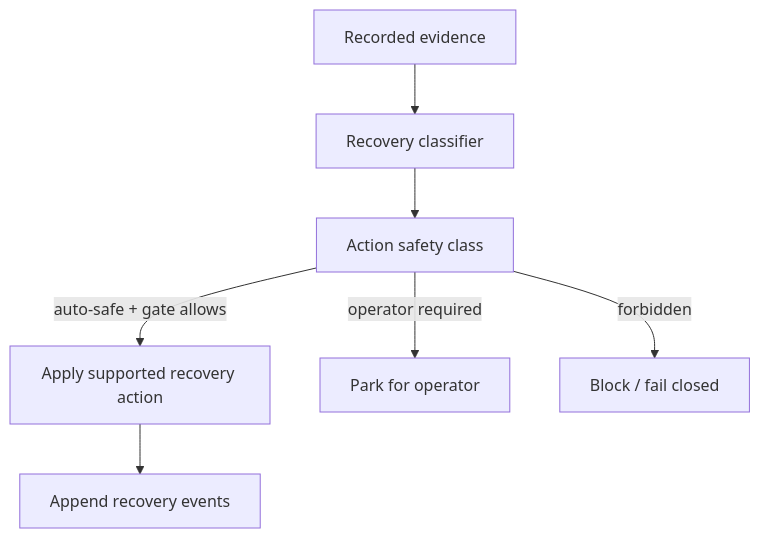
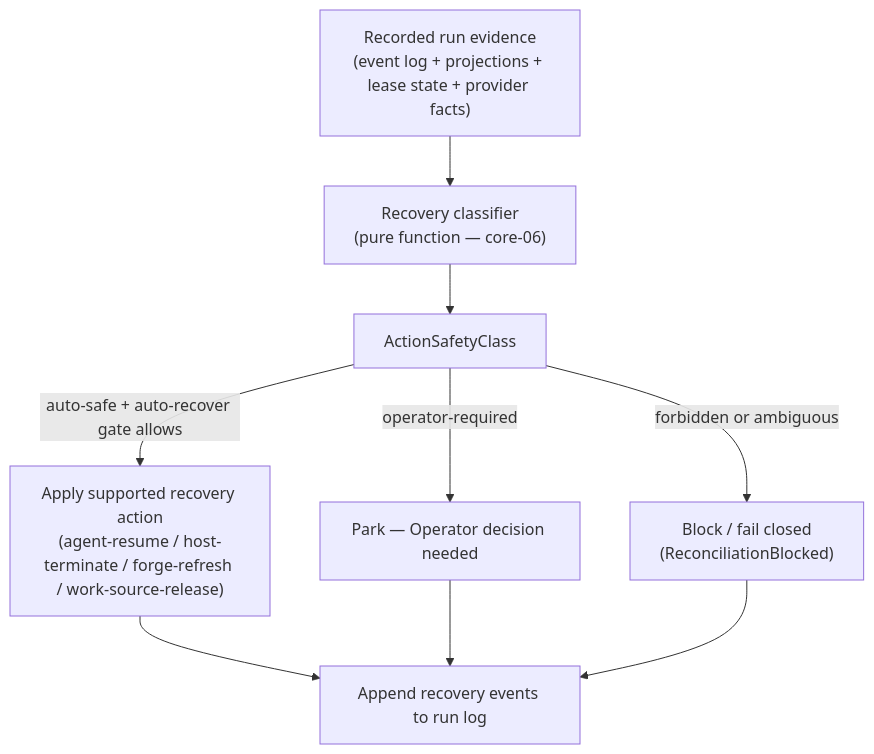
Before and after one commit to aryeko/agentic-workflow-kit: the diagram in docs/design/10-architecture/recovery-and-reconciliation.md, drawn with Mermaid. The commit also changed other lines of this file and 46 other files, not shown here.

````diff
--- a/docs/design/10-architecture/recovery-and-reconciliation.md
+++ b/docs/design/10-architecture/recovery-and-reconciliation.md
@@ -5,9 +13,11 @@
 ```mermaid
 flowchart TB
-  Evidence["Recorded evidence"] --> Classifier["Recovery classifier"]
-  Classifier --> Safety["Action safety class"]
-  Safety -->|auto-safe + gate allows| Action["Apply supported recovery action"]
-  Safety -->|operator required| Park["Park for operator"]
-  Safety -->|forbidden| Block["Block / fail closed"]
-  Action --> EventLog["Append recovery events"]
+  Evidence["Recorded run evidence\n(event log + projections + lease state + provider facts)"] --> Classifier
+  Classifier["Recovery classifier\n(pure function — core-06)"] --> Safety["ActionSafetyClass"]
+  Safety -->|auto-safe + auto-recover gate allows| Action["Apply supported recovery action\n(agent-resume / host-terminate / forge-refresh / work-source-release)"]
+  Safety -->|operator-required| Park["Park — Operator decision needed"]
+  Safety -->|forbidden or ambiguous| Block["Block / fail closed\n(ReconciliationBlocked)"]
+  Action --> Log["Append recovery events to run log"]
+  Park --> Log
+  Block --> Log
 ```
````
